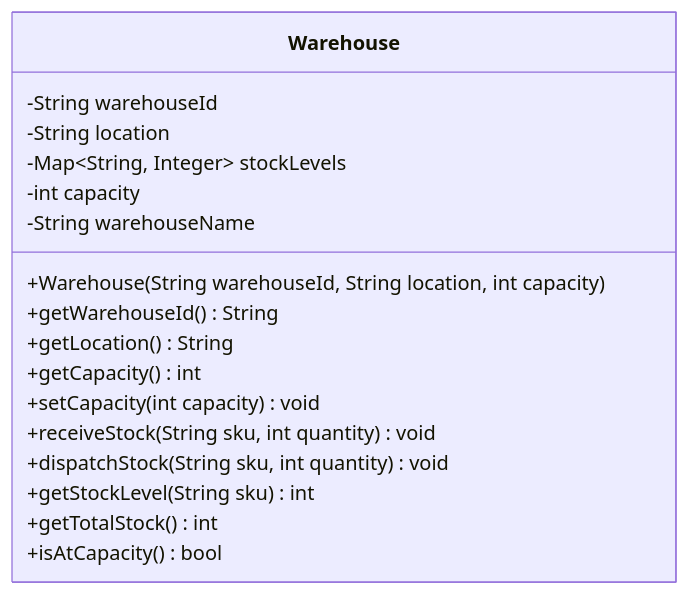
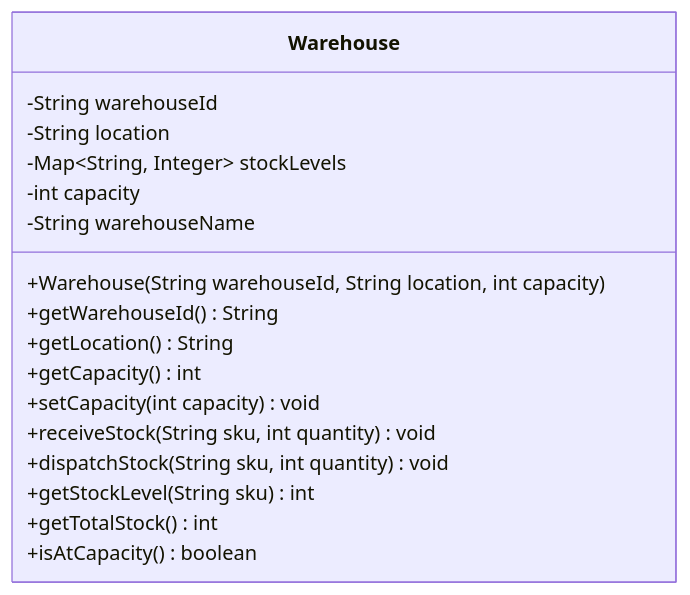
The diagram in docs/diagrams/class-diagram.md (nichom01/GitHub-bob-demo), drawn with Mermaid before and after one commit. The commit also changed 2 other files, not shown here.

Commit message:
docs: auto-update release notes and diagrams via Bob

````diff
--- a/docs/diagrams/class-diagram.md
+++ b/docs/diagrams/class-diagram.md
@@ -3,20 +3,20 @@
 ```mermaid
 classDiagram
     class Warehouse {
         -String warehouseId
         -String location
         -Map~String, Integer~ stockLevels
         -int capacity
         -String warehouseName
         +Warehouse(String warehouseId, String location, int capacity)
         +getWarehouseId() String
         +getLocation() String
         +getCapacity() int
         +setCapacity(int capacity) void
         +receiveStock(String sku, int quantity) void
         +dispatchStock(String sku, int quantity) void
         +getStockLevel(String sku) int
         +getTotalStock() int
-        +isAtCapacity() bool
+        +isAtCapacity() boolean
     }
 ```
````
